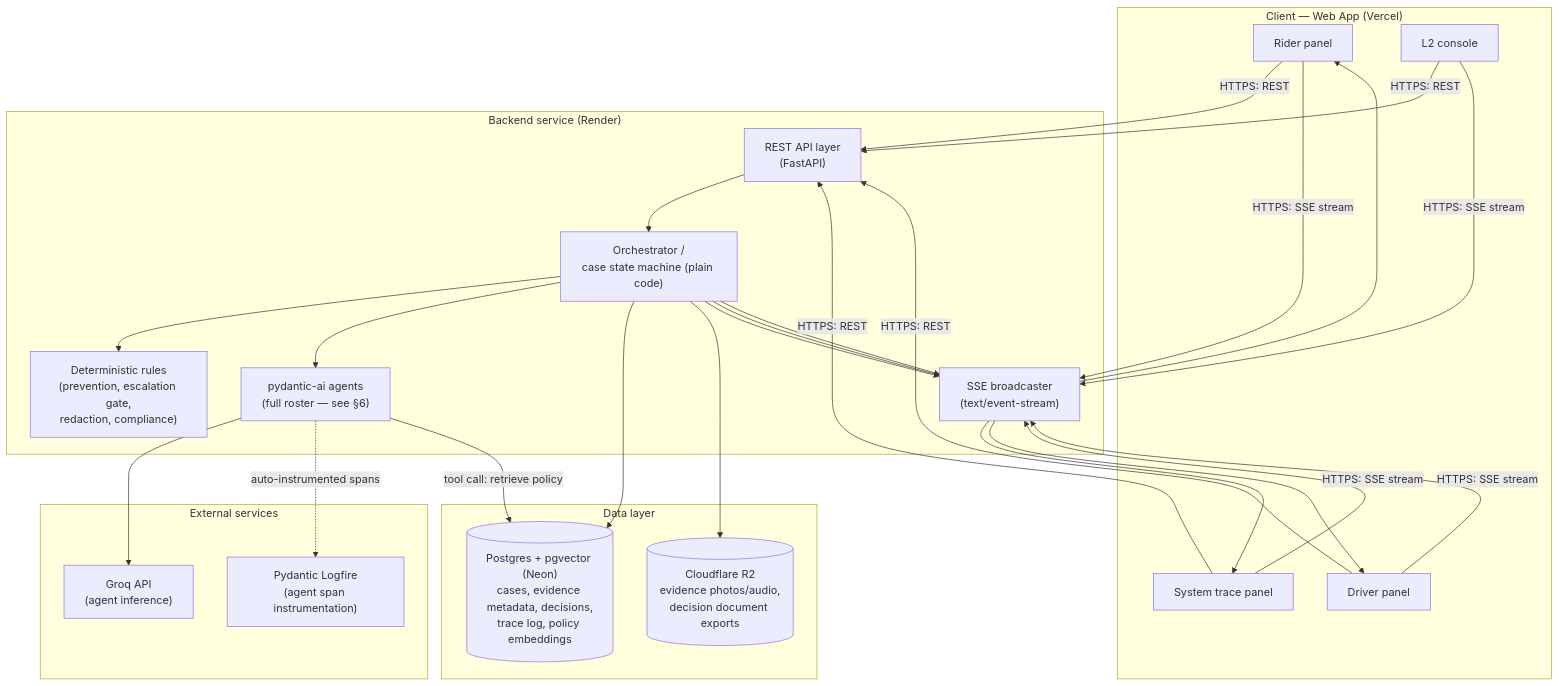
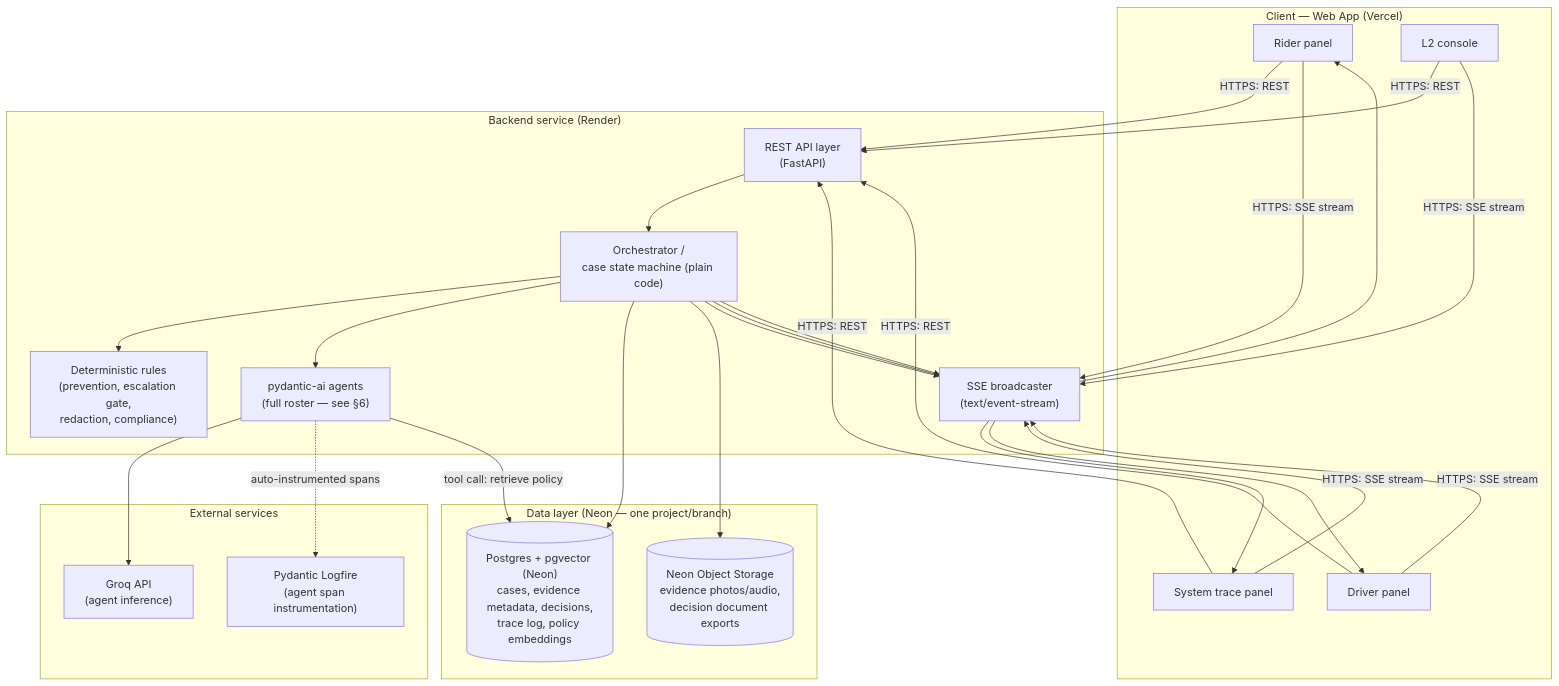
The first of 4 diagrams in docs/RydeResolve-System-Design.md (suryaansh2002/ryde-dispute-resolution-tencent), drawn with Mermaid before and after one commit. The commit also changed other lines of this file and 65 other files, not shown here.

````diff
--- a/docs/RydeResolve-System-Design.md
+++ b/docs/RydeResolve-System-Design.md
@@ -38,41 +38,41 @@
 ```mermaid
 flowchart TB
     subgraph Client["Client — Web App (Vercel)"]
         Rider["Rider panel"]
         Driver["Driver panel"]
         Trace["System trace panel"]
         L2["L2 console"]
     end
 
     subgraph Backend["Backend service (Render)"]
         API["REST API layer\n(FastAPI)"]
         SSE["SSE broadcaster\n(text/event-stream)"]
         Orch["Orchestrator /\ncase state machine (plain code)"]
         Rules["Deterministic rules\n(prevention, escalation gate,\nredaction, compliance)"]
         Agents["pydantic-ai agents\n(full roster — see §6)"]
     end
 
-    subgraph Data["Data layer"]
+    subgraph Data["Data layer (Neon — one project/branch)"]
         PG[("Postgres + pgvector (Neon)\ncases, evidence metadata, decisions,\ntrace log, policy embeddings")]
-        R2[("Cloudflare R2\nevidence photos/audio,\ndecision document exports")]
+        OBJ[("Neon Object Storage\nevidence photos/audio,\ndecision document exports")]
     end
 
     subgraph External["External services"]
         Groq["Groq API\n(agent inference)"]
         Logfire["Pydantic Logfire\n(agent span instrumentation)"]
     end
 
     Rider & Driver & Trace & L2 -->|HTTPS: REST| API
     Rider & Driver & Trace & L2 -->|HTTPS: SSE stream| SSE
     API --> Orch
     Orch --> Rules
     Orch --> Agents
     Agents --> Groq
     Agents -.->|auto-instrumented spans| Logfire
     Agents -->|tool call: retrieve policy| PG
     Orch --> PG
-    Orch --> R2
+    Orch --> OBJ
     Orch --> SSE --> Trace
     Orch --> SSE --> Rider
     Orch --> SSE --> Driver
 ```
````
